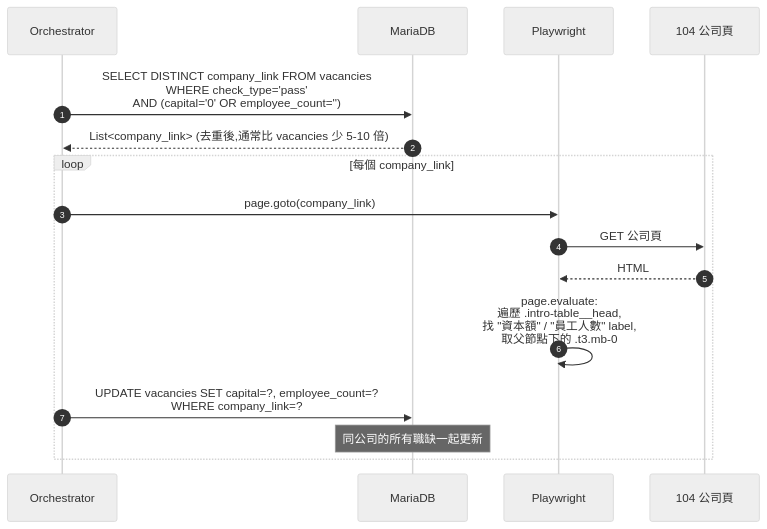
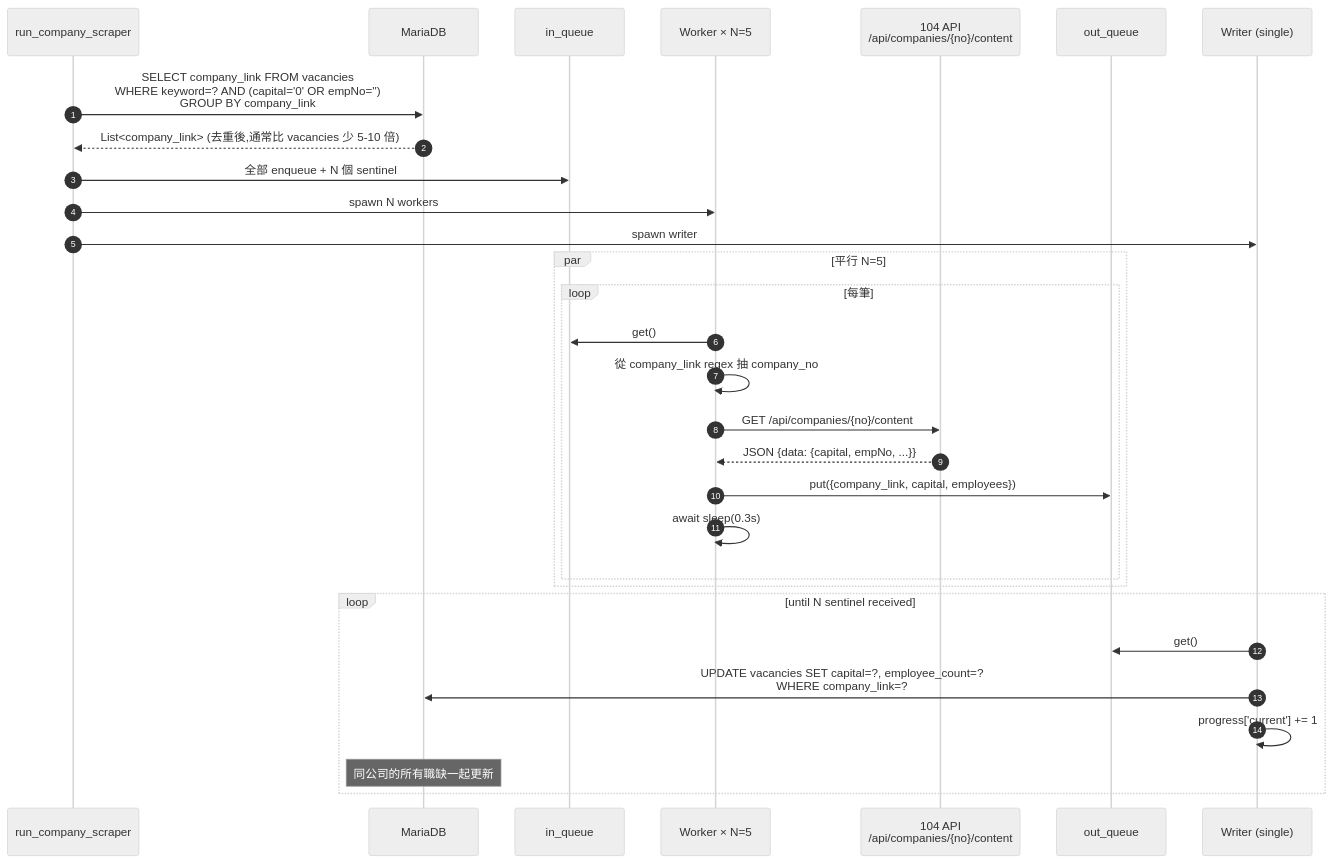
The third of 5 diagrams in docs/sequence-diagrams.md (jacky0996/job_digger), drawn with Mermaid (neutral theme) before and after one commit. The commit also changed other lines of this file and 14 other files, not shown here.

````diff
--- a/docs/sequence-diagrams.md
+++ b/docs/sequence-diagrams.md
@@ -125,21 +147,35 @@
 ```mermaid
 sequenceDiagram
     autonumber
-    participant Orch as Orchestrator
+    participant Orch as run_company_scraper
     participant DB as MariaDB
-    participant Pw as Playwright
-    participant Site as 104 公司頁
+    participant InQ as in_queue
+    participant W as Worker × N=5
+    participant API as 104 API<br/>/api/companies/{no}/content
+    participant OutQ as out_queue
+    participant Wr as Writer (single)
 
-    Orch->>DB: SELECT DISTINCT company_link FROM vacancies<br/>WHERE check_type='pass'<br/>AND (capital='0' OR employee_count='')
+    Orch->>DB: SELECT company_link FROM vacancies<br/>WHERE keyword=? AND (capital='0' OR empNo='')<br/>GROUP BY company_link
     DB-->>Orch: List<company_link> (去重後,通常比 vacancies 少 5-10 倍)
+    Orch->>InQ: 全部 enqueue + N 個 sentinel
+    Orch->>W: spawn N workers
+    Orch->>Wr: spawn writer
 
-    loop 每個 company_link
-        Orch->>Pw: page.goto(company_link)
-        Pw->>Site: GET 公司頁
-        Site-->>Pw: HTML
-        Pw->>Pw: page.evaluate:<br/>遍歷 .intro-table__head,<br/>找 "資本額" / "員工人數" label,<br/>取父節點下的 .t3.mb-0
+    par 平行 N=5
+        loop 每筆
+            W->>InQ: get()
+            W->>W: 從 company_link regex 抽 company_no
+            W->>API: GET /api/companies/{no}/content
+            API-->>W: JSON {data: {capital, empNo, ...}}
+            W->>OutQ: put({company_link, capital, employees})
+            W->>W: await sleep(0.3s)
+        end
+    end
 
-        Orch->>DB: UPDATE vacancies SET capital=?, employee_count=?<br/>WHERE company_link=?
+    loop until N sentinel received
+        Wr->>OutQ: get()
+        Wr->>DB: UPDATE vacancies SET capital=?, employee_count=?<br/>WHERE company_link=?
+        Wr->>Wr: progress['current'] += 1
         Note over DB: 同公司的所有職缺一起更新
     end
 ```
````
